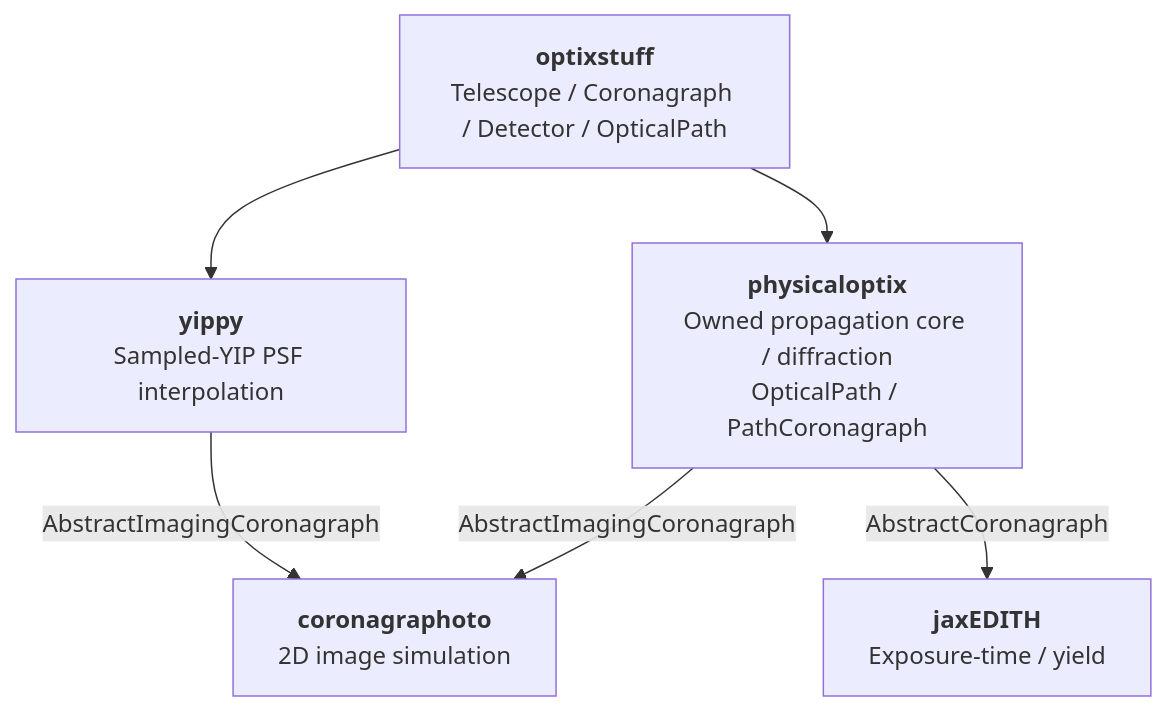
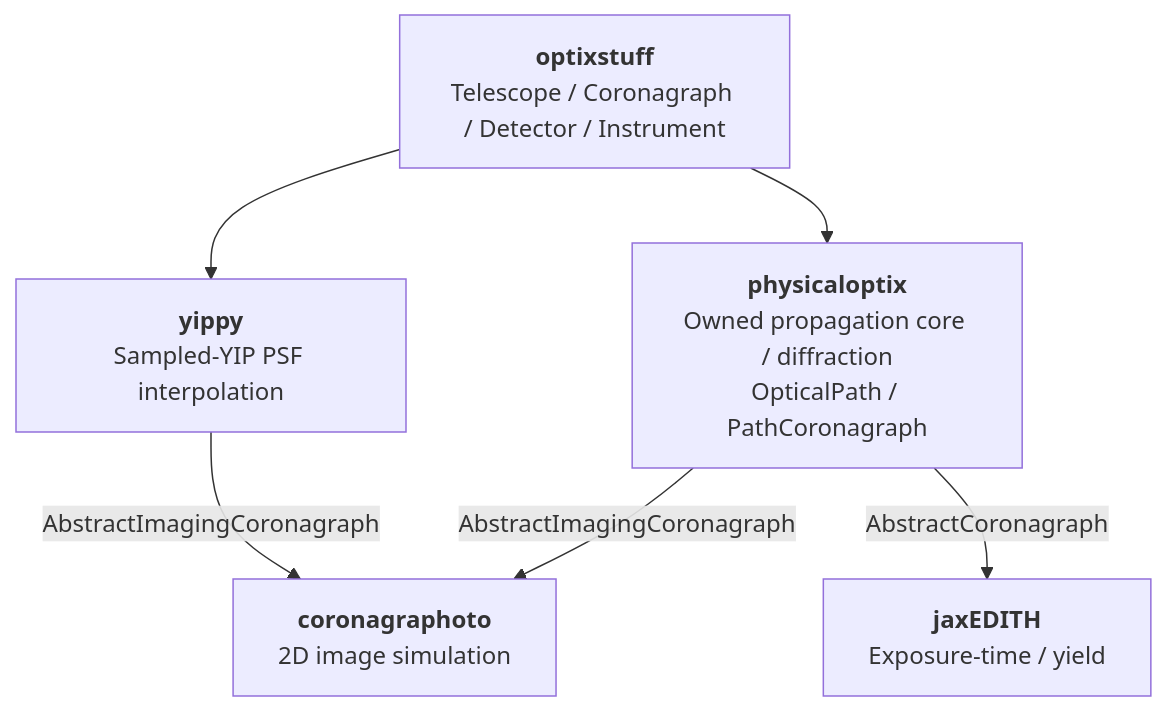
One commit to CoreySpohn/physicaloptix changed the diagram in README.md. Above: the diagram before and after it, drawn with Mermaid. The commit also changed 1 other file, not shown here.

Commit message:
docs: refer to the optixstuff Instrument (renamed from OpticalPath) in the README and speckle test

````diff
--- a/README.md
+++ b/README.md
@@ -99,14 +99,14 @@
 ```mermaid
 flowchart TB
-    optix["<b>optixstuff</b><br/>Telescope / Coronagraph / Detector / OpticalPath"]
+    optix["<b>optixstuff</b><br/>Telescope / Coronagraph / Detector / Instrument"]
     physopt["<b>physicaloptix</b><br/>Owned propagation core / diffraction<br/>OpticalPath / PathCoronagraph"]
     yippy["<b>yippy</b><br/>Sampled-YIP PSF interpolation"]
     corono["<b>coronagraphoto</b><br/>2D image simulation"]
     jaxedith["<b>jaxEDITH</b><br/>Exposure-time / yield"]
 
     optix --> physopt
     optix --> yippy
     physopt -- AbstractImagingCoronagraph --> corono
     physopt -- AbstractCoronagraph --> jaxedith
     yippy -- AbstractImagingCoronagraph --> corono
 ```
````
